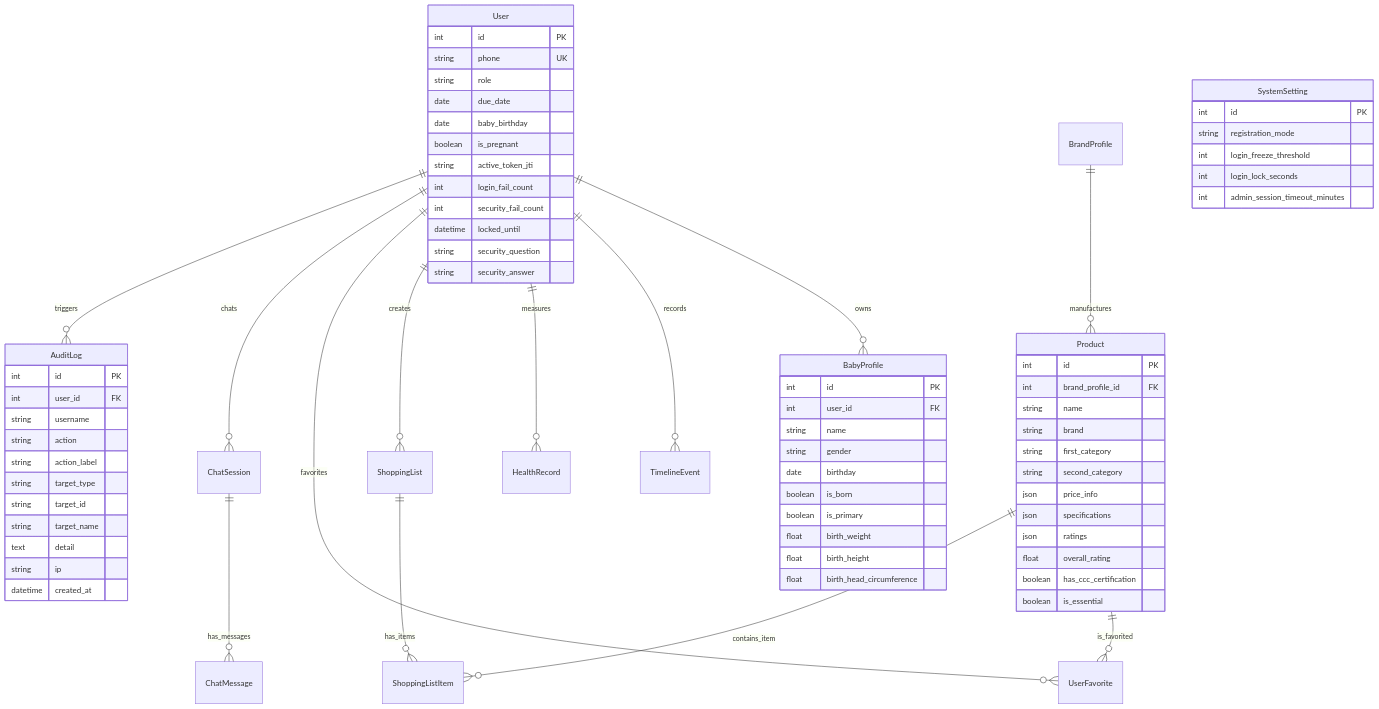
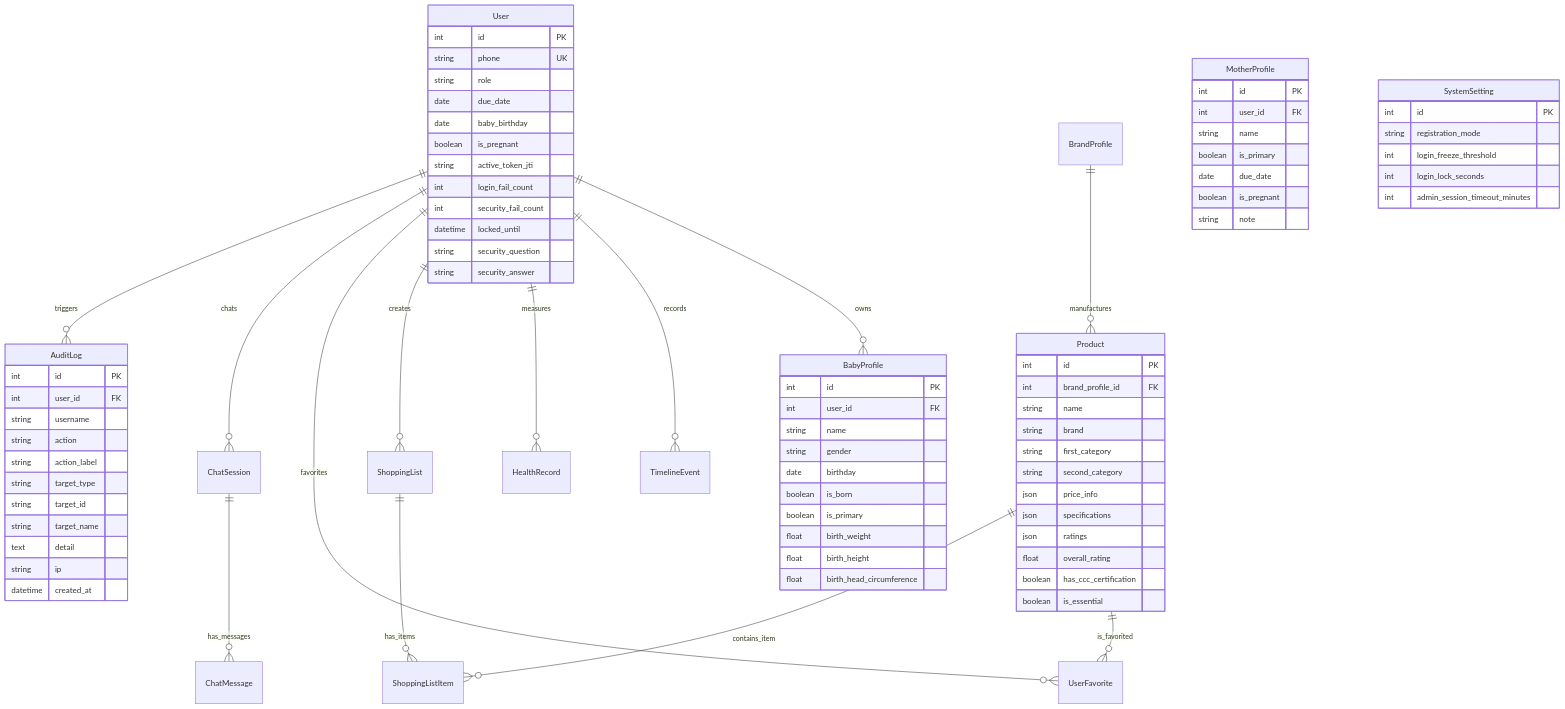
One commit to 18227370901/mengya-traditional changed the third of 4 diagrams in PSD_System_Design_and_Refactoring.md. Above: the diagram before and after it, drawn with Mermaid. The commit also changed other lines of this file and 49 other files, not shown here.

Commit message:
feat: 健康打卡多宝宝精准联动、阶段合理性医学校验、时序图表多粒度下钻与文档同步 (v1.72)

```diff
--- a/PSD_System_Design_and_Refactoring.md
+++ b/PSD_System_Design_and_Refactoring.md
@@ -337,6 +337,16 @@
     datetime locked_until
     string security_question
     string security_answer
+}
+
+MotherProfile {
+    int id PK
+    int user_id FK
+    string name
+    boolean is_primary
+    date due_date
+    boolean is_pregnant
+    string note
 }
 
 BabyProfile {
```
